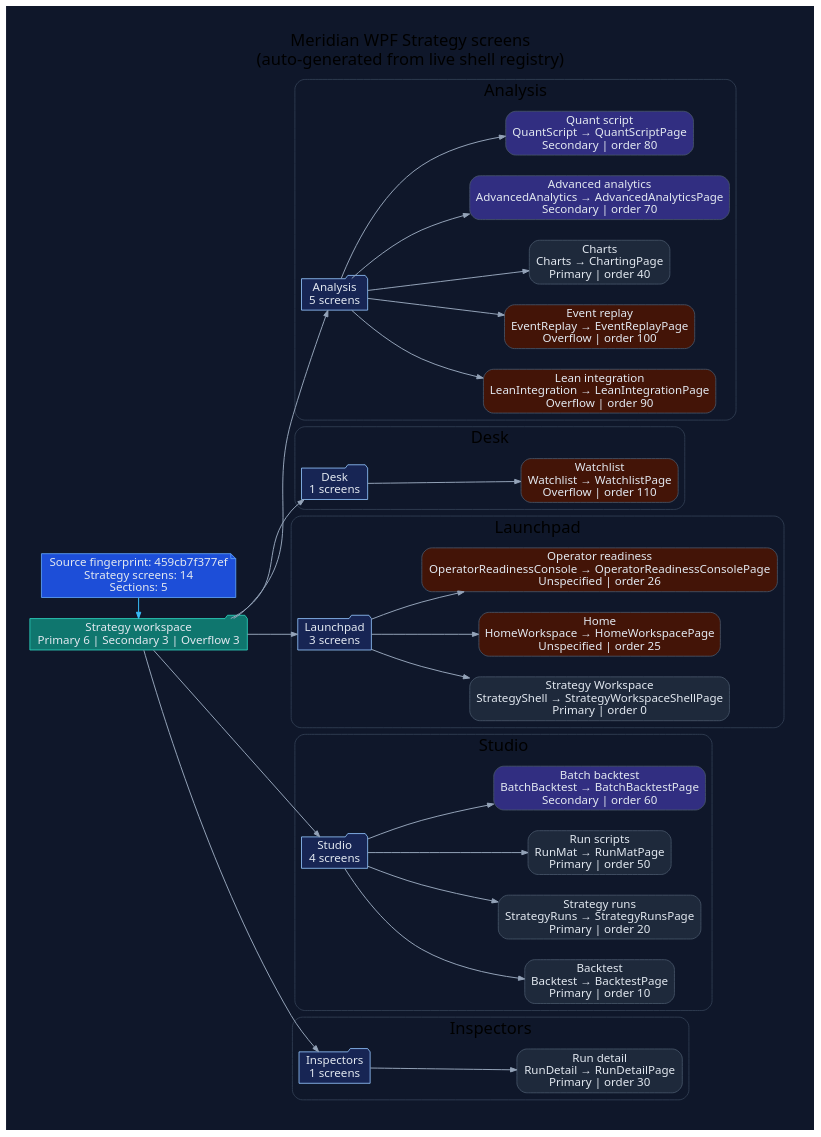
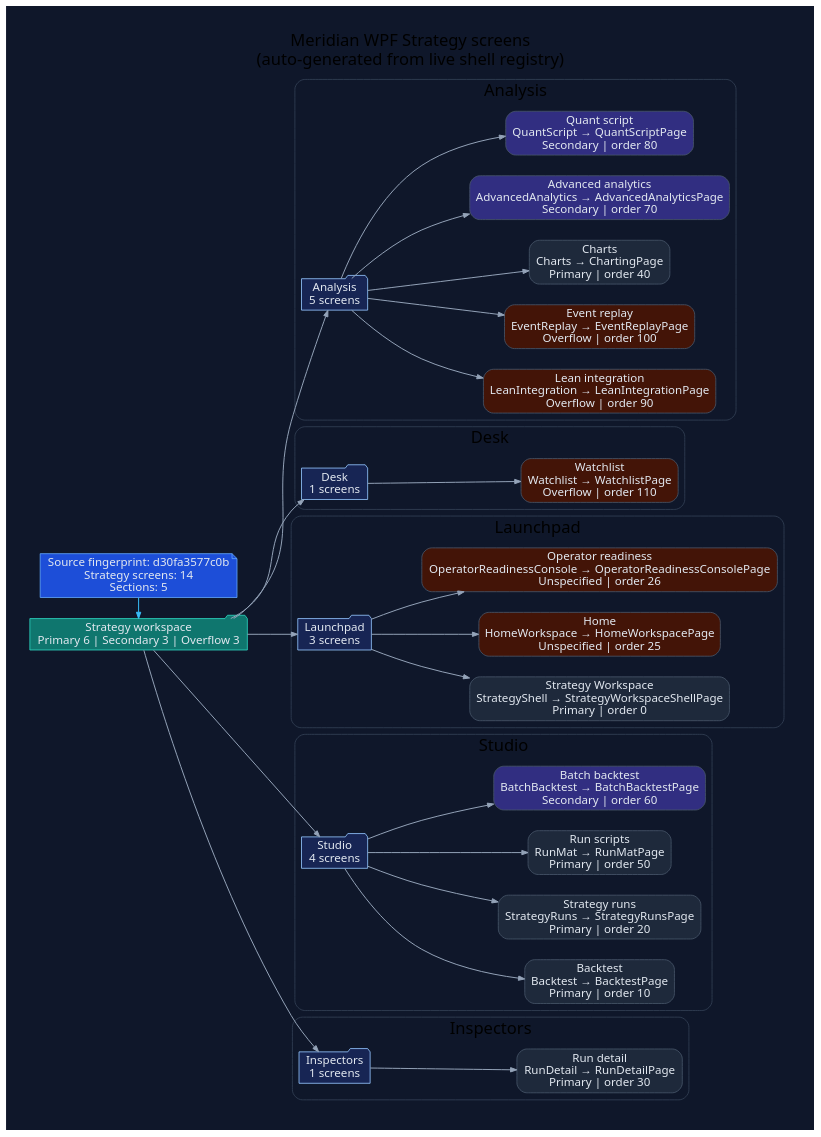
Before and after one commit to rodoHasArrived/Meridian-main: the diagram in docs/diagrams/ui/ui-wpf-screens-strategy.dot, drawn with Graphviz. The commit also changed 53 other files, not shown here.

```diff
--- a/docs/diagrams/ui/ui-wpf-screens-strategy.dot
+++ b/docs/diagrams/ui/ui-wpf-screens-strategy.dot
@@ -1,94 +1,94 @@
 // -----------------------------------------------------------------------------
 // <auto-generated>
 // Generated by scripts/generate-diagrams.mjs.
 // Do not edit this file directly; update the WPF source files instead.
 // -----------------------------------------------------------------------------
 digraph WpfStrategyScreens {
   graph [
     rankdir=LR,
     labelloc=t,
     label="Meridian WPF Strategy screens\n(auto-generated from live shell registry)",
     fontname="Segoe UI",
     fontsize=20,
     pad=0.4,
     nodesep=0.35,
     ranksep=0.85,
     bgcolor="#0f172a"
   ];
   node [fontname="Segoe UI", shape=box, style="rounded,filled", color="#475569", fontcolor="#e2e8f0", fillcolor="#1e293b"];
   edge [fontname="Segoe UI", color="#94a3b8", penwidth=1.2, arrowsize=0.75];
 
-  generated [shape=note, fillcolor="#1d4ed8", color="#60a5fa", label="Source fingerprint: 459cb7f377ef\nStrategy screens: 14\nSections: 5"];
+  generated [shape=note, fillcolor="#1d4ed8", color="#60a5fa", label="Source fingerprint: d30fa3577c0b\nStrategy screens: 14\nSections: 5"];
   workspace [shape=folder, fillcolor="#0f766e", color="#2dd4bf", label="Strategy workspace\nPrimary 6 | Secondary 3 | Overflow 3"];
   generated -> workspace [color="#38bdf8"];
 
   subgraph cluster_section_1 {
     label="Analysis";
     color="#334155";
     style="rounded";
     section_1 [shape=folder, fillcolor="#172554", color="#93c5fd", label="Analysis\n5 screens"];
     workspace -> section_1;
     screen_LeanIntegration [fillcolor="#431407", label="Lean integration\nLeanIntegration → LeanIntegrationPage\nOverflow | order 90"];
     section_1 -> screen_LeanIntegration;
     screen_EventReplay [fillcolor="#431407", label="Event replay\nEventReplay → EventReplayPage\nOverflow | order 100"];
     section_1 -> screen_EventReplay;
     screen_Charts [fillcolor="#1e293b", label="Charts\nCharts → ChartingPage\nPrimary | order 40"];
     section_1 -> screen_Charts;
     screen_AdvancedAnalytics [fillcolor="#312e81", label="Advanced analytics\nAdvancedAnalytics → AdvancedAnalyticsPage\nSecondary | order 70"];
     section_1 -> screen_AdvancedAnalytics;
     screen_QuantScript [fillcolor="#312e81", label="Quant script\nQuantScript → QuantScriptPage\nSecondary | order 80"];
     section_1 -> screen_QuantScript;
   }
 
   subgraph cluster_section_2 {
     label="Desk";
     color="#334155";
     style="rounded";
     section_2 [shape=folder, fillcolor="#172554", color="#93c5fd", label="Desk\n1 screens"];
     workspace -> section_2;
     screen_Watchlist [fillcolor="#431407", label="Watchlist\nWatchlist → WatchlistPage\nOverflow | order 110"];
     section_2 -> screen_Watchlist;
   }
 
   subgraph cluster_section_3 {
     label="Launchpad";
     color="#334155";
     style="rounded";
     section_3 [shape=folder, fillcolor="#172554", color="#93c5fd", label="Launchpad\n3 screens"];
     workspace -> section_3;
     screen_StrategyShell [fillcolor="#1e293b", label="Strategy Workspace\nStrategyShell → StrategyWorkspaceShellPage\nPrimary | order 0"];
     section_3 -> screen_StrategyShell;
     screen_HomeWorkspace [fillcolor="#431407", label="Home\nHomeWorkspace → HomeWorkspacePage\nUnspecified | order 25"];
     section_3 -> screen_HomeWorkspace;
     screen_OperatorReadinessConsole [fillcolor="#431407", label="Operator readiness\nOperatorReadinessConsole → OperatorReadinessConsolePage\nUnspecified | order 26"];
     section_3 -> screen_OperatorReadinessConsole;
   }
 
   subgraph cluster_section_4 {
     label="Studio";
     color="#334155";
     style="rounded";
     section_4 [shape=folder, fillcolor="#172554", color="#93c5fd", label="Studio\n4 screens"];
     workspace -> section_4;
     screen_Backtest [fillcolor="#1e293b", label="Backtest\nBacktest → BacktestPage\nPrimary | order 10"];
     section_4 -> screen_Backtest;
     screen_StrategyRuns [fillcolor="#1e293b", label="Strategy runs\nStrategyRuns → StrategyRunsPage\nPrimary | order 20"];
     section_4 -> screen_StrategyRuns;
     screen_RunMat [fillcolor="#1e293b", label="Run scripts\nRunMat → RunMatPage\nPrimary | order 50"];
     section_4 -> screen_RunMat;
     screen_BatchBacktest [fillcolor="#312e81", label="Batch backtest\nBatchBacktest → BatchBacktestPage\nSecondary | order 60"];
     section_4 -> screen_BatchBacktest;
   }
 
   subgraph cluster_section_5 {
     label="Inspectors";
     color="#334155";
     style="rounded";
     section_5 [shape=folder, fillcolor="#172554", color="#93c5fd", label="Inspectors\n1 screens"];
     workspace -> section_5;
     screen_RunDetail [fillcolor="#1e293b", label="Run detail\nRunDetail → RunDetailPage\nPrimary | order 30"];
     section_5 -> screen_RunDetail;
   }
 
   { rank=min; generated; workspace; }
 }
```
